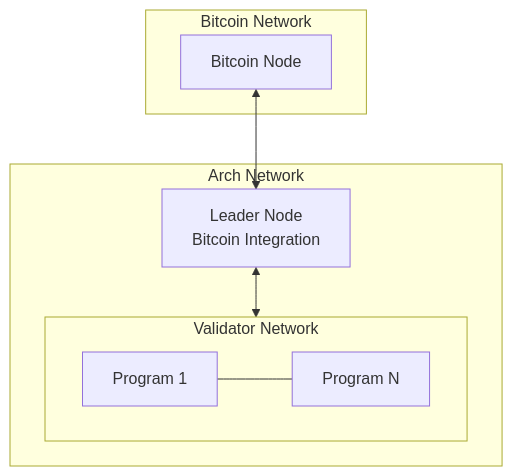
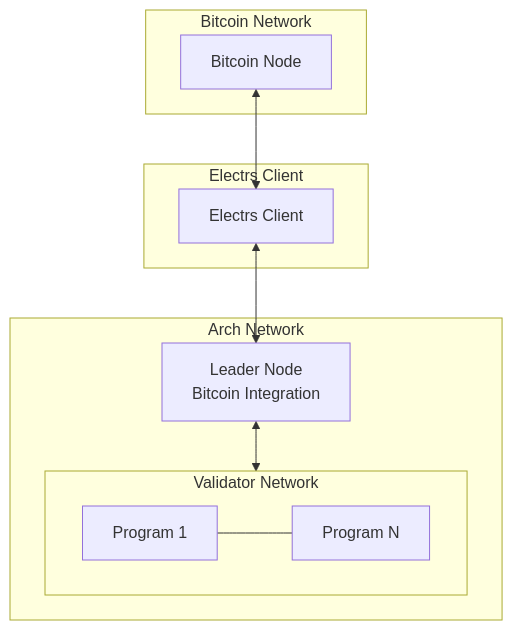
One commit to Arch-Network/book changed the first of 4 diagrams in src/concepts/bitcoin-integration.md. Above: the diagram before and after it, drawn with Mermaid.

Commit message:
Update electrs diagram

````diff
--- a/src/concepts/bitcoin-integration.md
+++ b/src/concepts/bitcoin-integration.md
@@ -7,18 +7,23 @@
 ```mermaid
 flowchart TB
     subgraph BN[Bitcoin Network]
         BNode[Bitcoin Node]
+    end
+
+    subgraph EC[Electrs Client]
+        ECNode[Electrs Client]
     end
 
     subgraph AN[Arch Network]
         LN[Leader Node\nBitcoin Integration]
         subgraph VN[Validator Network]
             P1[Program 1]
             PN[Program N]
         end
     end
 
-    BNode <--> LN
+    BNode <--> ECNode
+    ECNode <--> LN
     LN <--> VN
     P1 --- PN
 ```
````
